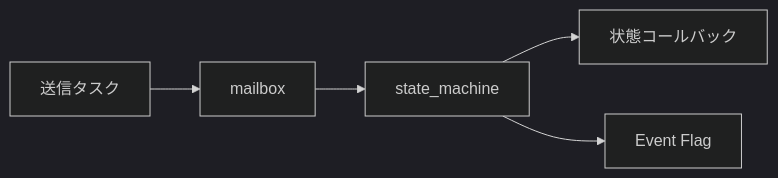
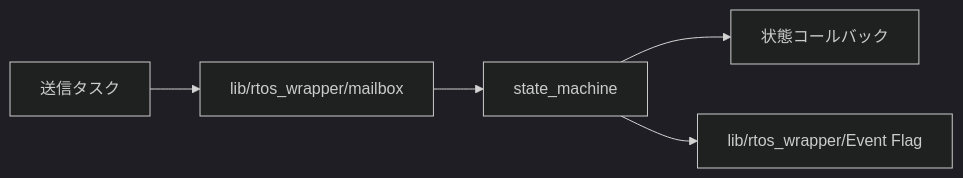
The diagram in docs/designs/rtos-event-state-machine.md (starkensan/usb_midi_pedal), drawn with Mermaid (dark theme) before and after one commit. The commit also changed other lines of this file and 7 other files, not shown here.

````diff
--- a/docs/designs/rtos-event-state-machine.md
+++ b/docs/designs/rtos-event-state-machine.md
@@ -11,7 +12,7 @@
 ```mermaid
 flowchart LR
-    producer[送信タスク] --> mailbox[mailbox]
+    producer[送信タスク] --> mailbox[lib/rtos_wrapper/mailbox]
     mailbox --> machine[state_machine]
     machine --> callback[状態コールバック]
-    machine --> flags[Event Flag]
+    machine --> flags[lib/rtos_wrapper/Event Flag]
 ```
````
